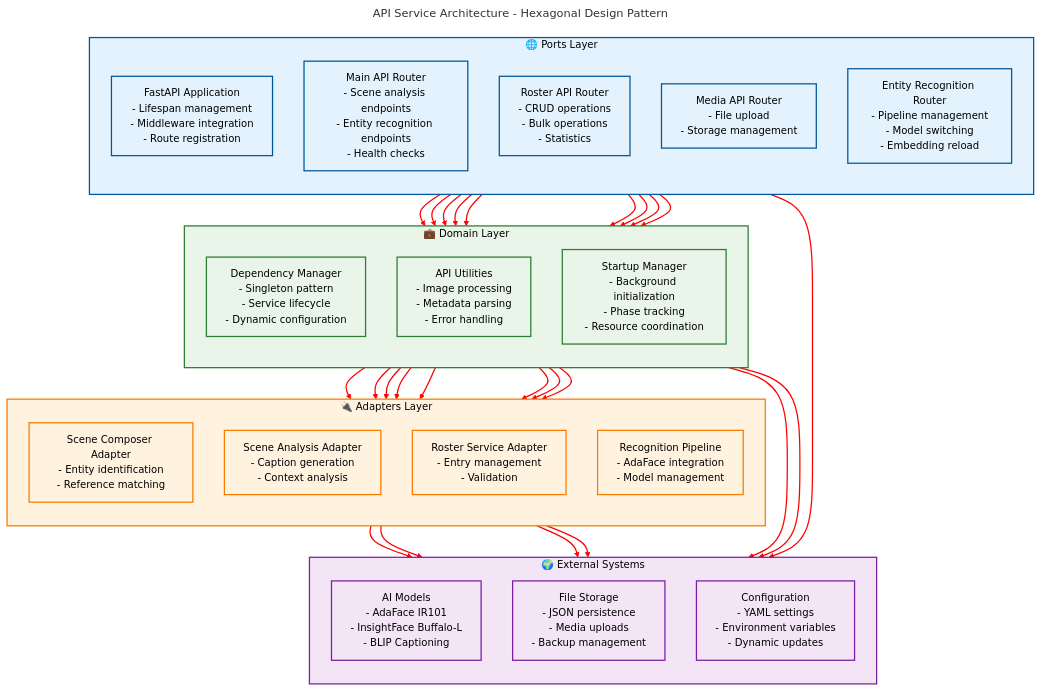
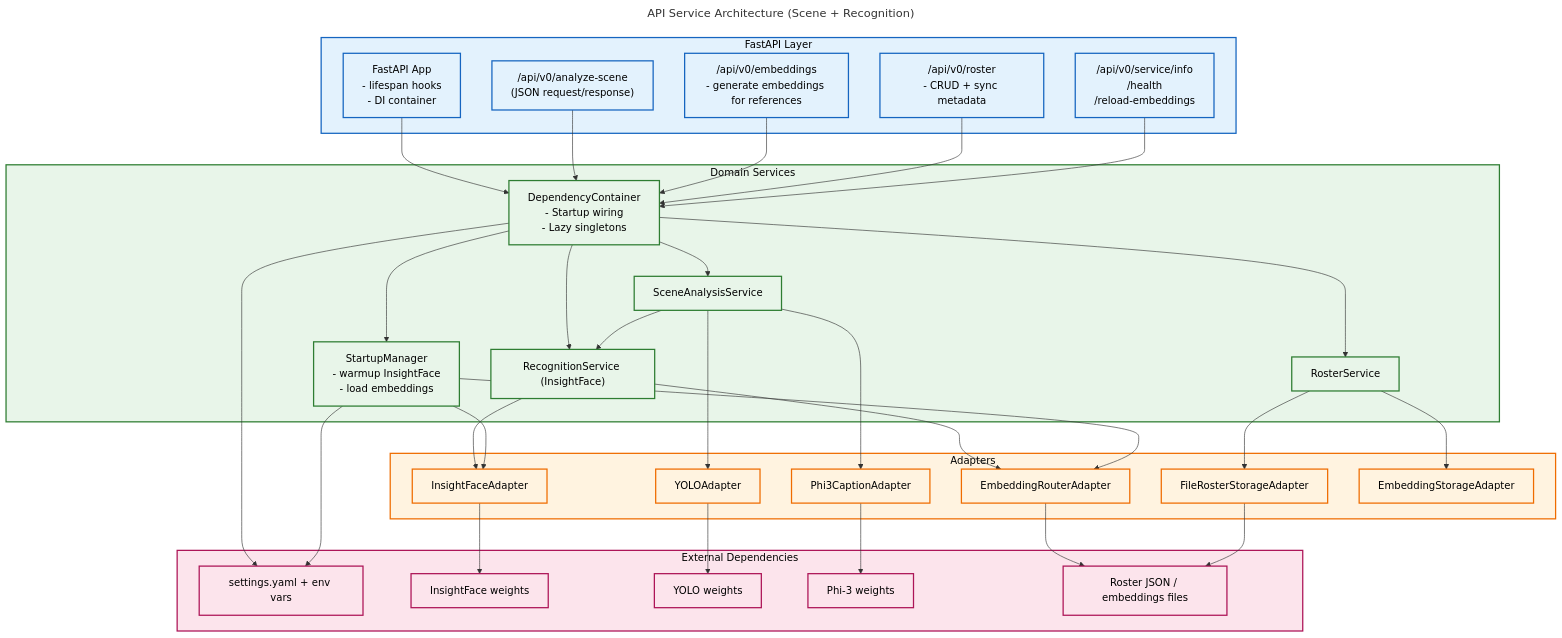
The diagram in docs/architecture/backend-uml/api_service.mermaid (darce/context-alt-text-monorepo), drawn with Mermaid before and after one commit. The commit also changed 11 other files, not shown here.

Commit message:
docs: sync UML, task list, and literature guides for recognition overhaul

```diff
--- a/docs/architecture/backend-uml/api_service.mermaid
+++ b/docs/architecture/backend-uml/api_service.mermaid
@@ -1,86 +1,79 @@
 ---
-title: API Service Architecture - Hexagonal Design Pattern
+title: API Service Architecture (Scene + Recognition)
 ---
 flowchart TB
-    %% === PORTS LAYER (API Interfaces) ===
-    subgraph ports ["🌐 Ports Layer"]
-        direction TB
-        fastapi["FastAPI Application<br/>- Lifespan management<br/>- Middleware integration<br/>- Route registration"]
-        main_router["Main API Router<br/>- Scene analysis endpoints<br/>- Entity recognition endpoints<br/>- Health checks"]
-        roster_router["Roster API Router<br/>- CRUD operations<br/>- Bulk operations<br/>- Statistics"]
-        media_router["Media API Router<br/>- File upload<br/>- Storage management"]
-        entity_router["Entity Recognition Router<br/>- Pipeline management<br/>- Model switching<br/>- Embedding reload"]
+    subgraph ports["FastAPI Layer"]
+        fastapi_app["FastAPI App\n- lifespan hooks\n- DI container"];
+        analyze_router["/api/v0/analyze-scene\n(JSON request/response)"];
+        embeddings_router["/api/v0/embeddings\n- generate embeddings for references"];
+        roster_router["/api/v0/roster\n- CRUD + sync metadata"];
+        health_router["/api/v0/service/info\n/health\n/reload-embeddings"];
     end
 
-    %% === DOMAIN LAYER (Business Logic) ===
-    subgraph domain ["💼 Domain Layer"]
-        direction TB
-        dependencies["Dependency Manager<br/>- Singleton pattern<br/>- Service lifecycle<br/>- Dynamic configuration"]
-        utils["API Utilities<br/>- Image processing<br/>- Metadata parsing<br/>- Error handling"]
-        startup["Startup Manager<br/>- Background initialization<br/>- Phase tracking<br/>- Resource coordination"]
+    subgraph domain["Domain Services"]
+        dependency_container["DependencyContainer\n- Startup wiring\n- Lazy singletons"];
+        startup_manager["StartupManager\n- warmup InsightFace\n- load embeddings"];
+        scene_service["SceneAnalysisService"];
+        recognition_service["RecognitionService (InsightFace)"];
+        roster_service["RosterService"];
     end
 
-    %% === ADAPTERS LAYER (External Integrations) ===
-    subgraph adapters ["🔌 Adapters Layer"]
-        direction TB
-        scene_composer["Scene Composer Adapter<br/>- Entity identification<br/>- Reference matching"]
-        scene_analysis["Scene Analysis Adapter<br/>- Caption generation<br/>- Context analysis"]
-        roster_service["Roster Service Adapter<br/>- Entry management<br/>- Validation"]
-        recognition_pipeline["Recognition Pipeline<br/>- AdaFace integration<br/>- Model management"]
+    subgraph adapters["Adapters"]
+        object_adapter["YOLOAdapter"];
+        caption_adapter["Phi3CaptionAdapter"];
+        recognition_adapter["InsightFaceAdapter"];
+        embedding_adapter["EmbeddingRouterAdapter"];
+        roster_storage["FileRosterStorageAdapter"];
+        embedding_storage["EmbeddingStorageAdapter"];
     end
 
-    %% === EXTERNAL SYSTEMS ===
-    subgraph external ["🌍 External Systems"]
-        direction TB
-        models["AI Models<br/>- AdaFace IR101<br/>- InsightFace Buffalo-L<br/>- BLIP Captioning"]
-        storage["File Storage<br/>- JSON persistence<br/>- Media uploads<br/>- Backup management"]
-        config["Configuration<br/>- YAML settings<br/>- Environment variables<br/>- Dynamic updates"]
+    subgraph external["External Dependencies"]
+        settings_yaml["settings.yaml + env vars"];
+        insightface_weights["InsightFace weights"];
+        yolo_weights["YOLO weights"];
+        phi3_weights["Phi-3 weights"];
+        roster_files["Roster JSON / embeddings files"];
     end
 
-    %% === PORT TO DOMAIN CONNECTIONS ===
-    fastapi --> dependencies
-    main_router --> dependencies
-    roster_router --> dependencies
-    media_router --> dependencies
-    entity_router --> dependencies
-    
-    main_router --> utils
-    roster_router --> utils
-    media_router --> utils
+    fastapi_app --> dependency_container;
+    analyze_router --> dependency_container;
+    embeddings_router --> dependency_container;
+    roster_router --> dependency_container;
+    health_router --> dependency_container;
 
-    fastapi --> startup
-    
-    %% === DOMAIN TO ADAPTERS CONNECTIONS ===
-    dependencies --> scene_composer
-    dependencies --> scene_analysis
-    dependencies --> roster_service
-    dependencies --> recognition_pipeline
-    
-    startup --> scene_composer
-    startup --> scene_analysis
-    startup --> roster_service
-    startup --> recognition_pipeline
+    dependency_container --> startup_manager;
+    dependency_container --> scene_service;
+    dependency_container --> recognition_service;
+    dependency_container --> roster_service;
 
-    %% === ADAPTERS TO EXTERNAL CONNECTIONS ===
-    scene_composer --> models
-    scene_analysis --> models
-    recognition_pipeline --> models
-    
-    roster_service --> storage
-    media_router --> storage
-    
-    startup --> config
-    dependencies --> config
+    scene_service --> object_adapter;
+    scene_service --> caption_adapter;
+    scene_service --> recognition_service;
 
-    %% === STYLING ===
-    classDef portClass color:#000000,stroke:#01579b,stroke-width:2px,fill:#e3f2fd
-    classDef domainClass color:#000000,stroke:#2e7d32,stroke-width:2px,fill:#e8f5e8
-    classDef adapterClass color:#000000,stroke:#f57c00,stroke-width:2px,fill:#fff3e0
-    classDef externalClass color:#000000,stroke:#7b1fa2,stroke-width:2px,fill:#f3e5f5
+    recognition_service --> recognition_adapter;
+    recognition_service --> embedding_adapter;
 
-    class ports,fastapi,main_router,roster_router,media_router,entity_router portClass
-    class domain,dependencies,utils,startup domainClass
-    class adapters,scene_composer,scene_analysis,roster_service,recognition_pipeline adapterClass
-    class external,models,storage,config externalClass
+    roster_service --> roster_storage;
+    roster_service --> embedding_storage;
 
-    linkStyle default stroke:#ff0000,stroke-width:2px
+    startup_manager --> recognition_adapter;
+    startup_manager --> embedding_adapter;
+
+    object_adapter --> yolo_weights;
+    caption_adapter --> phi3_weights;
+    recognition_adapter --> insightface_weights;
+    embedding_adapter --> roster_files;
+    roster_storage --> roster_files;
+
+    dependency_container --> settings_yaml;
+    startup_manager --> settings_yaml;
+
+    classDef portsClass fill:#e3f2fd,stroke:#1565c0,color:#000,stroke-width:2px;
+    classDef domainClass fill:#e8f5e9,stroke:#2e7d32,color:#000,stroke-width:2px;
+    classDef adapterClass fill:#fff3e0,stroke:#ef6c00,color:#000,stroke-width:2px;
+    classDef externalClass fill:#fce4ec,stroke:#ad1457,color:#000,stroke-width:2px;
+
+    class ports,fastapi_app,analyze_router,embeddings_router,roster_router,health_router portsClass;
+    class domain,dependency_container,startup_manager,scene_service,recognition_service,roster_service domainClass;
+    class adapters,object_adapter,caption_adapter,recognition_adapter,embedding_adapter,roster_storage,embedding_storage adapterClass;
+    class external,settings_yaml,insightface_weights,yolo_weights,phi3_weights,roster_files externalClass;
```
